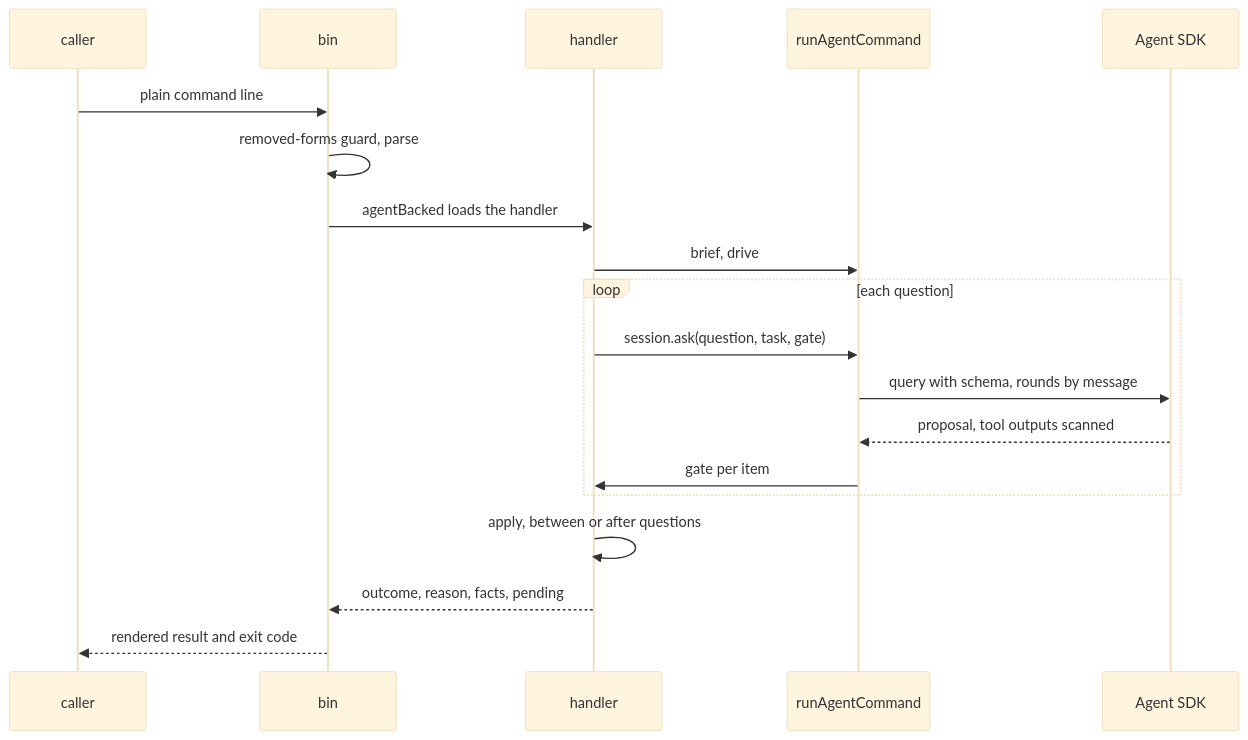
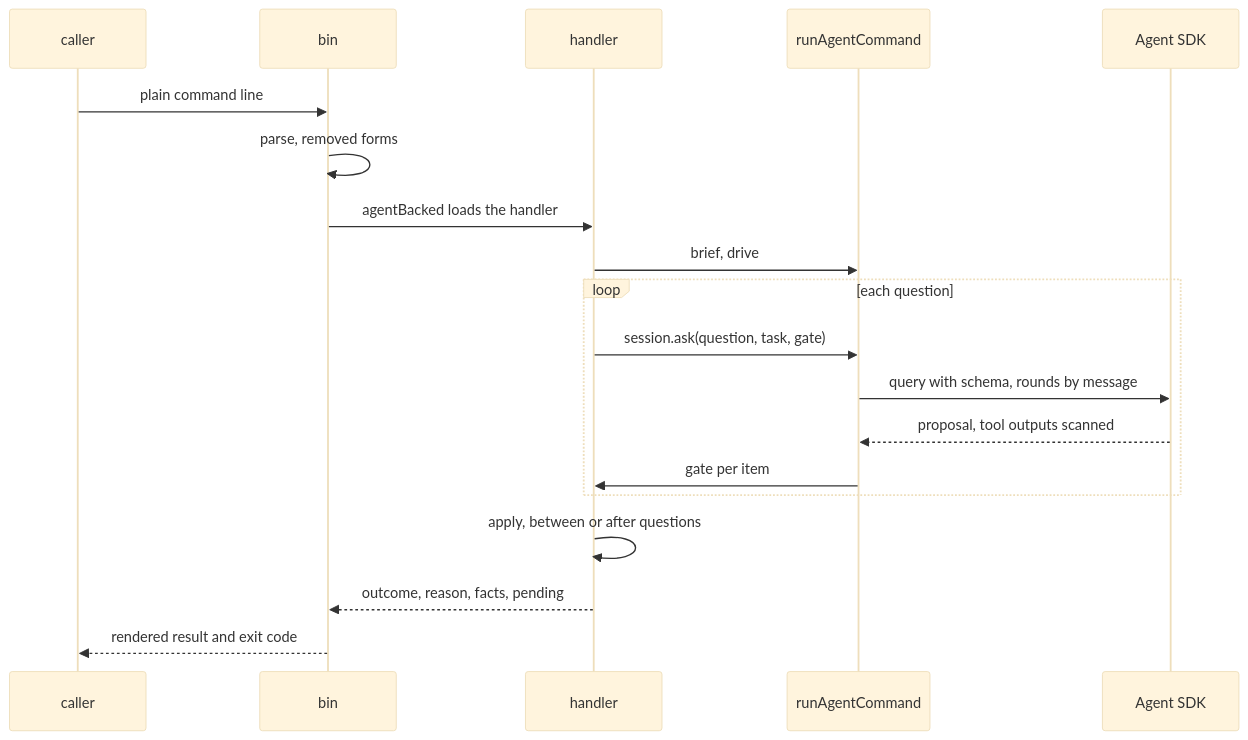
One commit to forwardimpact/monorepo changed the second of 2 diagrams in specs/2410-agent-backed-commands/design-a.md. Above: the diagram before and after it, drawn with Mermaid (base theme). The commit also changed other lines of this file and 1 other file, not shown here.

````diff
--- a/specs/2410-agent-backed-commands/design-a.md
+++ b/specs/2410-agent-backed-commands/design-a.md
@@ -72,21 +68,21 @@
 ```mermaid
 sequenceDiagram
     participant C as caller
     participant B as bin
     participant D as handler
     participant R as runAgentCommand
     participant S as Agent SDK
     C->>B: plain command line
-    B->>B: removed-forms guard, parse
+    B->>B: parse, removed forms
     B->>D: agentBacked loads the handler
     D->>R: brief, drive
     loop each question
         D->>R: session.ask(question, task, gate)
         R->>S: query with schema, rounds by message
         S-->>R: proposal, tool outputs scanned
         R->>D: gate per item
     end
     D->>D: apply, between or after questions
     D-->>B: outcome, reason, facts, pending
     B-->>C: rendered result and exit code
 ```
````
